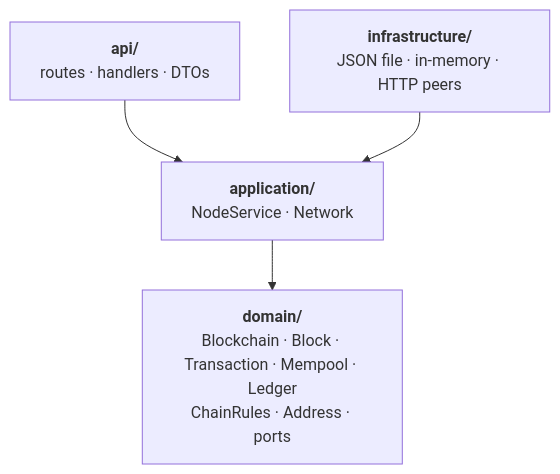
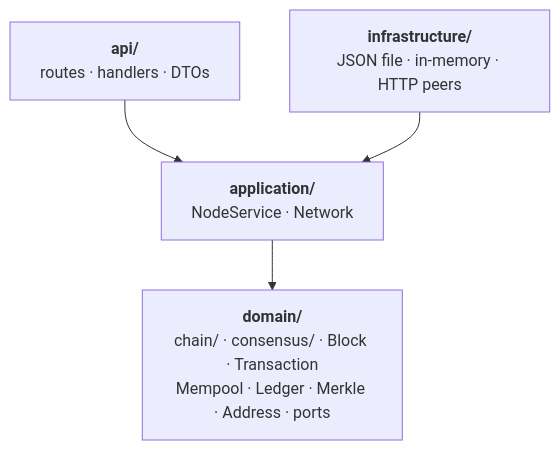
One commit to alex-quiterio/blockchain-rs changed the fifth of 5 diagrams in README.md. Above: the diagram before and after it, drawn with Mermaid. The commit also changed other lines of this file and 9 other files, not shown here.

First line of the commit message:
Split the chain aggregate; group the domain into chain/ and consensus/

````diff
--- a/README.md
+++ b/README.md
@@ -199,7 +199,7 @@
 ```mermaid
 flowchart TB
     api["<b>api/</b><br/>routes · handlers · DTOs"] --> app
     infra["<b>infrastructure/</b><br/>JSON file · in-memory · HTTP peers"] --> app
     app["<b>application/</b><br/>NodeService · Network"] --> domain
-    domain["<b>domain/</b><br/>Blockchain · Block · Transaction · Mempool · Ledger<br/>ChainRules · Address · ports"]
+    domain["<b>domain/</b><br/>chain/ · consensus/ · Block · Transaction<br/>Mempool · Ledger · Merkle · Address · ports"]
 ```
````
